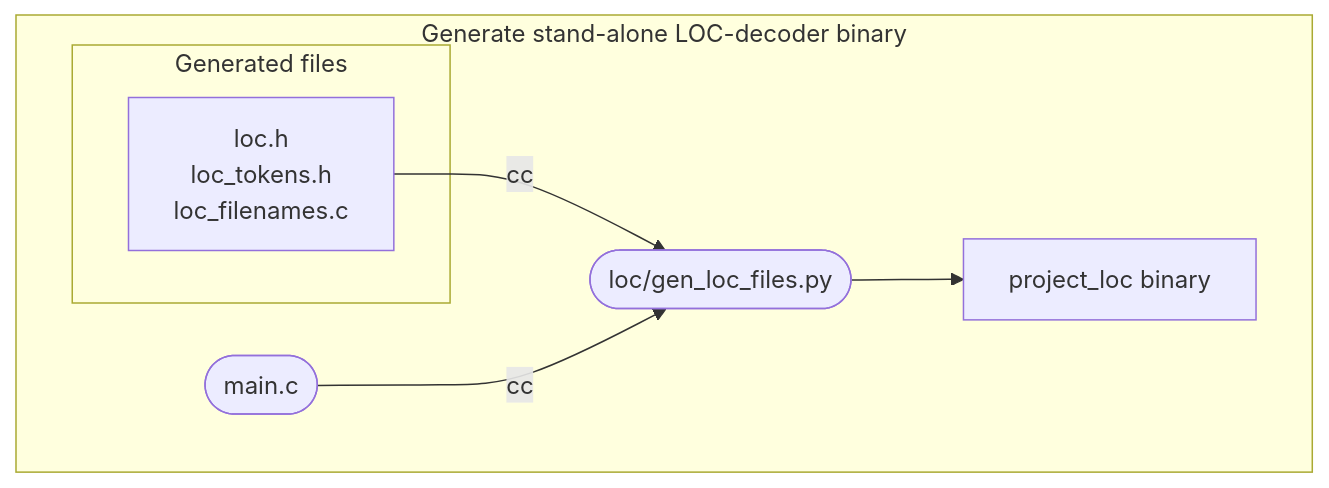
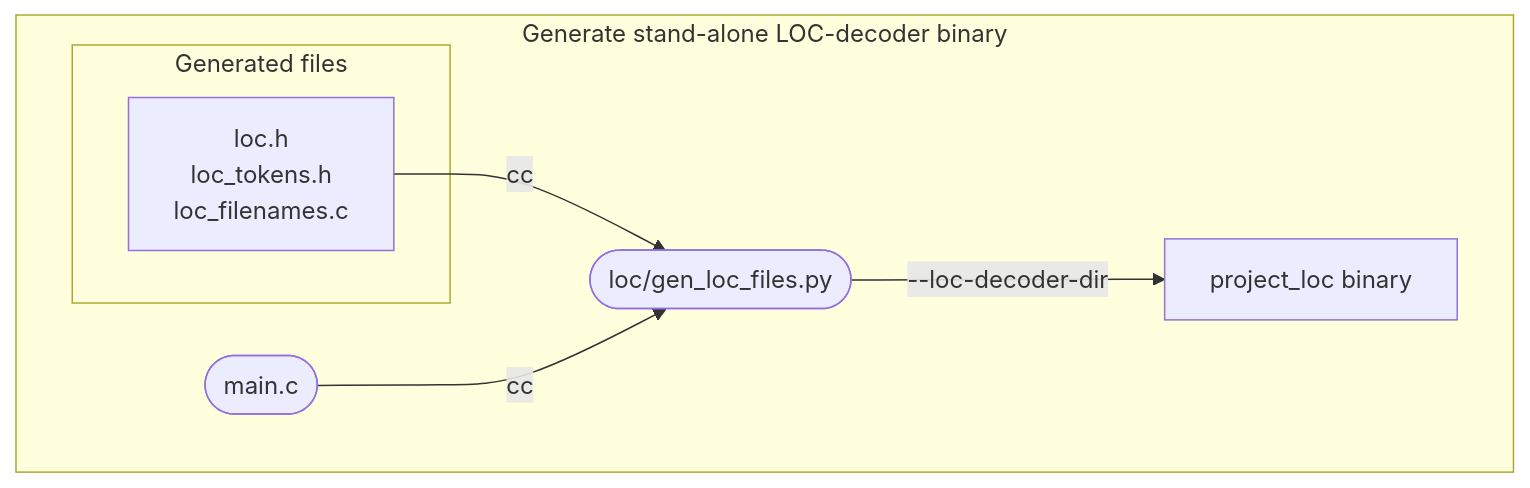
The fourth of 4 diagrams in Workflow.md (Soft-Where-Inc/LineOfCode), drawn with Mermaid before and after one commit. The commit also changed other lines of this file, not shown here.

Commit message:
[Doc] Reflect --loc-decoder-dir support in tool.

````diff
--- a/Workflow.md
+++ b/Workflow.md
@@ -101,26 +103,26 @@
 ```mermaid
 
 flowchart LR
   subgraph Generate stand-alone LOC-decoder binary
   direction LR
 
       subgraph Generated files
         %% ---- Name the generated artifacts ----
         genf["`loc.h
         loc_tokens.h
         loc_filenames.c`"]
 
       end
 
     gen([loc/gen_loc_files.py])
 
     main([main.c])
 
     dec[project_loc binary]
 
     genf -- cc --> gen
     main -- cc --> gen
-    gen --> dec
+    gen -- "--loc-decoder-dir" --> dec
 
   end
 ```
````
